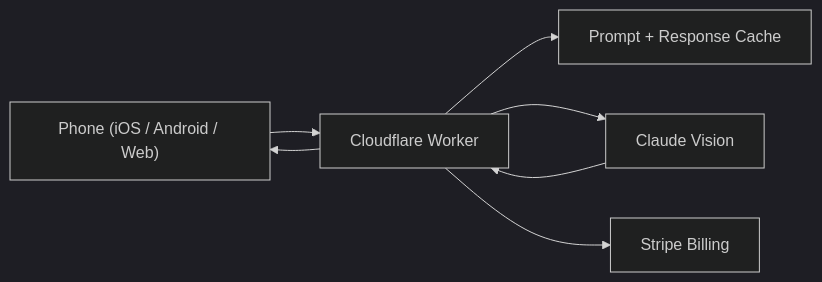
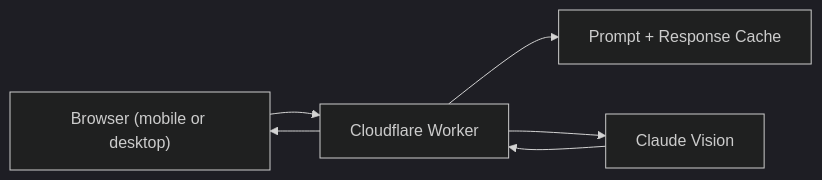
One commit to stewartburton/stewartburton.github.io changed the diagram in site/src/content/work/silkspotter.md. Above: the diagram before and after it, drawn with Mermaid (dark theme). The commit also changed other lines of this file and 4 other files, not shown here.

````diff
--- a/site/src/content/work/silkspotter.md
+++ b/site/src/content/work/silkspotter.md
@@ -20,9 +20,8 @@
 ```mermaid
 flowchart LR
-    Phone["Phone (iOS / Android / Web)"] --> Edge["Cloudflare Worker"]
+    Browser["Browser (mobile or desktop)"] --> Edge["Cloudflare Worker"]
     Edge --> Cache["Prompt + Response Cache"]
     Edge --> Claude["Claude Vision"]
     Claude --> Edge
-    Edge --> Phone
-    Edge --> Billing["Stripe Billing"]
+    Edge --> Browser
 ```
````
